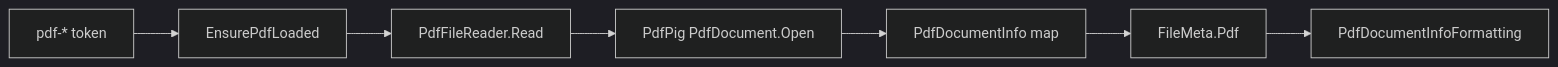
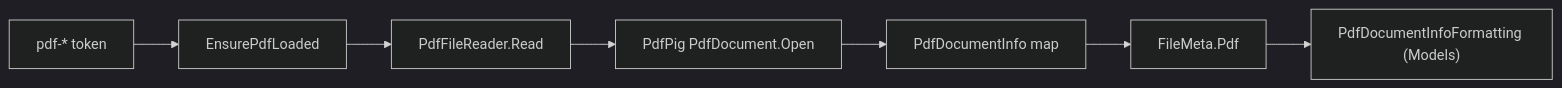
One commit to davidohana/finebytes changed the diagram in docs/pdf-metadata-model.md. Above: the diagram before and after it, drawn with Mermaid (dark theme). The commit also changed other lines of this file and 3 other files, not shown here.

Commit message:
Document shared Image/PDF field enums and PropertyDisplayContext for tokens and Rename List.

````diff
--- a/docs/pdf-metadata-model.md
+++ b/docs/pdf-metadata-model.md
@@ -16,9 +16,9 @@
 ```mermaid
 flowchart LR
   tokens["pdf-* token"] --> ensure["EnsurePdfLoaded"]
   ensure --> reader["PdfFileReader.Read"]
   reader --> pig["PdfPig PdfDocument.Open"]
   pig --> map["PdfDocumentInfo map"]
   map --> cache["FileMeta.Pdf"]
-  cache --> format["PdfDocumentInfoFormatting"]
+  cache --> format["PdfDocumentInfoFormatting (Models)"]
 ```
````
